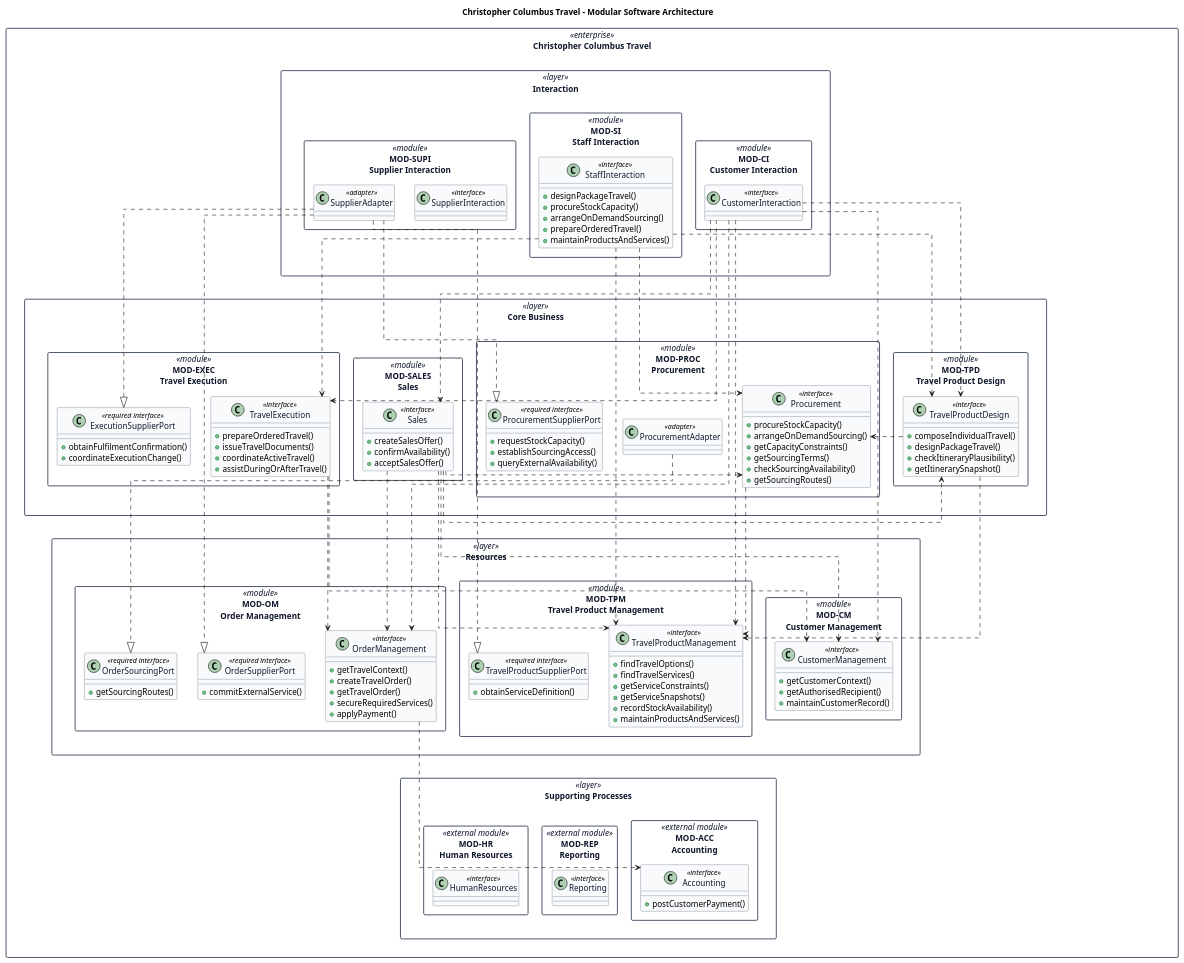
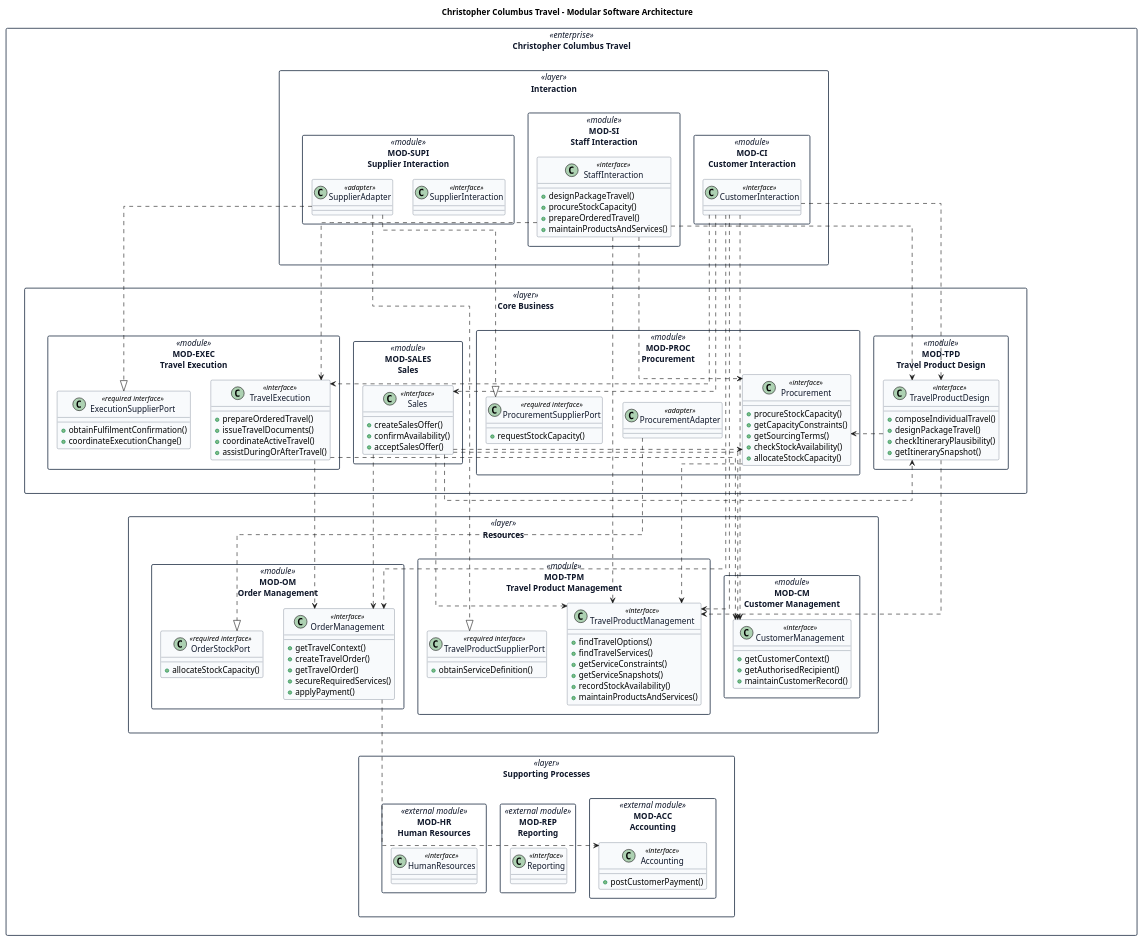
The diagram in docs/architecture/software-architecture/modules.puml (hochschule-darmstadt/a3se_app), drawn with PlantUML before and after one commit. The commit also changed 25 other files, not shown here.

```diff
--- a/docs/architecture/software-architecture/modules.puml
+++ b/docs/architecture/software-architecture/modules.puml
@@ -1,196 +1,188 @@
 @startuml
 title Christopher Columbus Travel - Modular Software Architecture
 
 top to bottom direction
 skinparam shadowing false
 skinparam packageStyle rectangle
 skinparam linetype ortho
 skinparam package {
   BackgroundColor White
   BorderColor #334155
   FontColor #0F172A
 }
 skinparam class {
   BackgroundColor #F8FAFC
   BorderColor #475569
   FontColor #0F172A
 }
 
 package "Christopher Columbus Travel" <<enterprise>> {
   package "Interaction" as InteractionLayer <<layer>> {
     package "MOD-CI\nCustomer Interaction" <<module>> {
       class CustomerInteraction <<interface>>
     }
     package "MOD-SI\nStaff Interaction" <<module>> {
       class StaffInteraction <<interface>> {
         +designPackageTravel()
         +procureStockCapacity()
-        +arrangeOnDemandSourcing()
         +prepareOrderedTravel()
         +maintainProductsAndServices()
       }
     }
     package "MOD-SUPI\nSupplier Interaction" <<module>> {
       class SupplierInteraction <<interface>>
       class SupplierAdapter <<adapter>>
     }
     StaffInteraction -[hidden]right- CustomerInteraction
     SupplierInteraction -[hidden]right- StaffInteraction
   }
 
   package "Core Business" as CoreBusinessLayer <<layer>> {
     package "MOD-TPD\nTravel Product Design" <<module>> {
       class TravelProductDesign <<interface>> {
         +composeIndividualTravel()
         +designPackageTravel()
         +checkItineraryPlausibility()
         +getItinerarySnapshot()
       }
     }
     package "MOD-PROC\nProcurement" <<module>> {
       class Procurement <<interface>> {
         +procureStockCapacity()
-        +arrangeOnDemandSourcing()
         +getCapacityConstraints()
         +getSourcingTerms()
-        +checkSourcingAvailability()
-        +getSourcingRoutes()
+        +checkStockAvailability()
+        +allocateStockCapacity()
       }
       class ProcurementAdapter <<adapter>>
       class ProcurementSupplierPort <<required interface>> {
         +requestStockCapacity()
-        +establishSourcingAccess()
-        +queryExternalAvailability()
       }
     }
     package "MOD-SALES\nSales" <<module>> {
       class Sales <<interface>> {
         +createSalesOffer()
         +confirmAvailability()
         +acceptSalesOffer()
       }
     }
     package "MOD-EXEC\nTravel Execution" <<module>> {
       class TravelExecution <<interface>> {
         +prepareOrderedTravel()
         +issueTravelDocuments()
         +coordinateActiveTravel()
         +assistDuringOrAfterTravel()
       }
       class ExecutionSupplierPort <<required interface>> {
         +obtainFulfilmentConfirmation()
         +coordinateExecutionChange()
       }
     }
     Procurement -[hidden]right- TravelProductDesign
     Sales -[hidden]right- Procurement
     TravelExecution -[hidden]right- Sales
   }
 
   package "Resources" as ResourcesLayer <<layer>> {
     package "MOD-CM\nCustomer Management" <<module>> {
       class CustomerManagement <<interface>> {
         +getCustomerContext()
         +getAuthorisedRecipient()
         +maintainCustomerRecord()
       }
     }
     package "MOD-TPM\nTravel Product Management" <<module>> {
       class TravelProductManagement <<interface>> {
         +findTravelOptions()
         +findTravelServices()
         +getServiceConstraints()
         +getServiceSnapshots()
         +recordStockAvailability()
         +maintainProductsAndServices()
       }
       class TravelProductSupplierPort <<required interface>> {
         +obtainServiceDefinition()
       }
     }
     package "MOD-OM\nOrder Management" <<module>> {
       class OrderManagement <<interface>> {
         +getTravelContext()
         +createTravelOrder()
         +getTravelOrder()
         +secureRequiredServices()
         +applyPayment()
       }
-      class OrderSupplierPort <<required interface>> {
-        +commitExternalService()
-      }
-      class OrderSourcingPort <<required interface>> {
-        +getSourcingRoutes()
+      class OrderStockPort <<required interface>> {
+        +allocateStockCapacity()
       }
     }
     TravelProductManagement -[hidden]right- CustomerManagement
     OrderManagement -[hidden]right- TravelProductManagement
   }
 
   package "Supporting Processes" as SupportingProcessesLayer <<layer>> {
     package "MOD-ACC\nAccounting" <<external module>> {
       class Accounting <<interface>> {
         +postCustomerPayment()
       }
     }
     package "MOD-REP\nReporting" <<external module>> {
       class Reporting <<interface>>
     }
     package "MOD-HR\nHuman Resources" <<external module>> {
       class HumanResources <<interface>>
     }
     Reporting -[hidden]right- Accounting
     HumanResources -[hidden]right- Reporting
   }
 
   InteractionLayer -[hidden]down- CoreBusinessLayer
   CoreBusinessLayer -[hidden]down- ResourcesLayer
   ResourcesLayer -[hidden]down- SupportingProcessesLayer
 
   CustomerInteraction -[hidden]down- TravelProductDesign
   StaffInteraction -[hidden]down- Procurement
   SupplierInteraction -[hidden]down- TravelExecution
 
   TravelProductDesign -[hidden]down- CustomerManagement
   Procurement -[hidden]down- TravelProductManagement
   TravelExecution -[hidden]down- OrderManagement
 
   CustomerManagement -[hidden]down- Accounting
   TravelProductManagement -[hidden]down- Reporting
   OrderManagement -[hidden]down- HumanResources
 
   CustomerInteraction .[norank].> TravelProductDesign
   CustomerInteraction .[norank].> Sales
   CustomerInteraction .[norank].> TravelExecution
   CustomerInteraction .[norank].> CustomerManagement
   CustomerInteraction .[norank].> TravelProductManagement
   CustomerInteraction .[norank].> OrderManagement
 
   StaffInteraction .[norank].> TravelProductDesign
   StaffInteraction .[norank].> Procurement
   StaffInteraction .[norank].> TravelExecution
   StaffInteraction .[norank].> TravelProductManagement
 
   TravelExecution .[norank].> OrderManagement
   TravelExecution .[norank].> CustomerManagement
 
   Sales .[norank].> CustomerManagement
   Sales .[norank].> TravelProductDesign
   Sales .[norank].> Procurement
   Sales .[norank].> TravelProductManagement
   Sales .[norank].> OrderManagement
 
   TravelProductDesign .[norank].> Procurement
   TravelProductDesign .[norank].> TravelProductManagement
 
   OrderManagement .[norank].> Accounting
 
   Procurement .[norank].> TravelProductManagement
   SupplierAdapter .[norank].|> ProcurementSupplierPort
   SupplierAdapter .[norank].|> ExecutionSupplierPort
   SupplierAdapter .[norank].|> TravelProductSupplierPort
-  SupplierAdapter .[norank].|> OrderSupplierPort
-  ProcurementAdapter .[norank].|> OrderSourcingPort
+  ProcurementAdapter .[norank].|> OrderStockPort
 }
 
 @enduml
```
